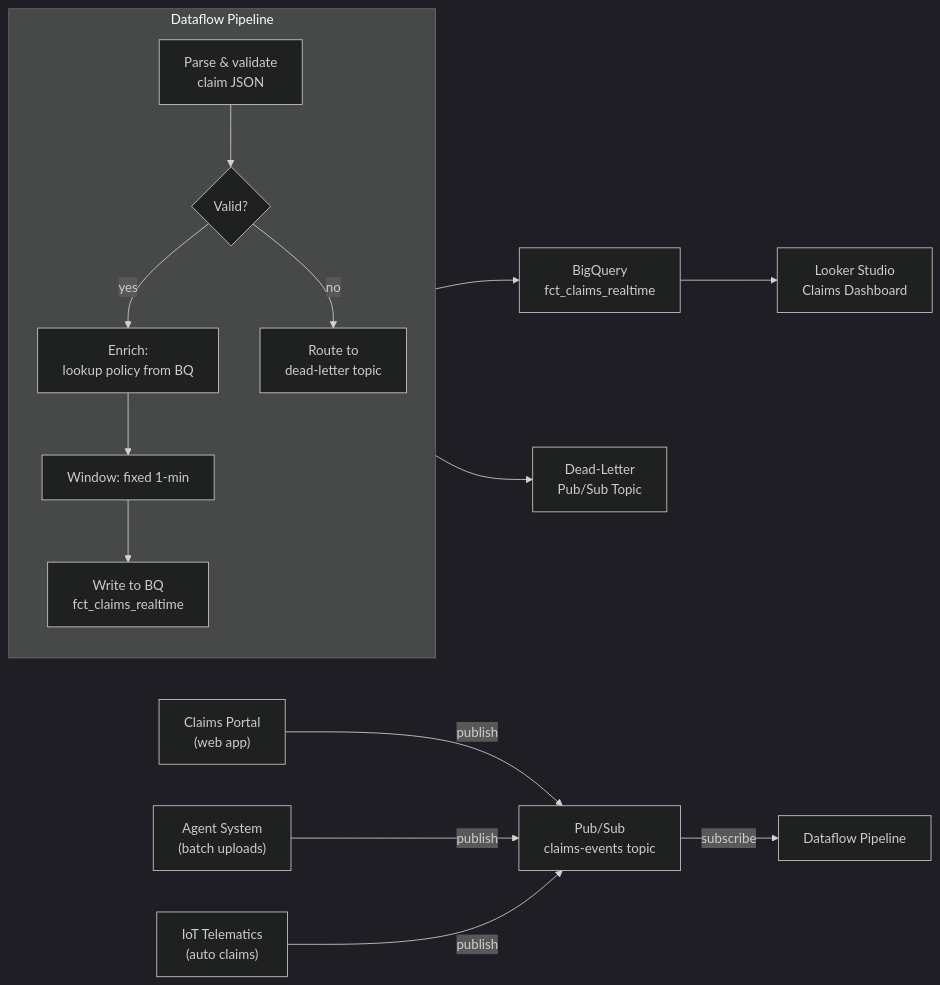
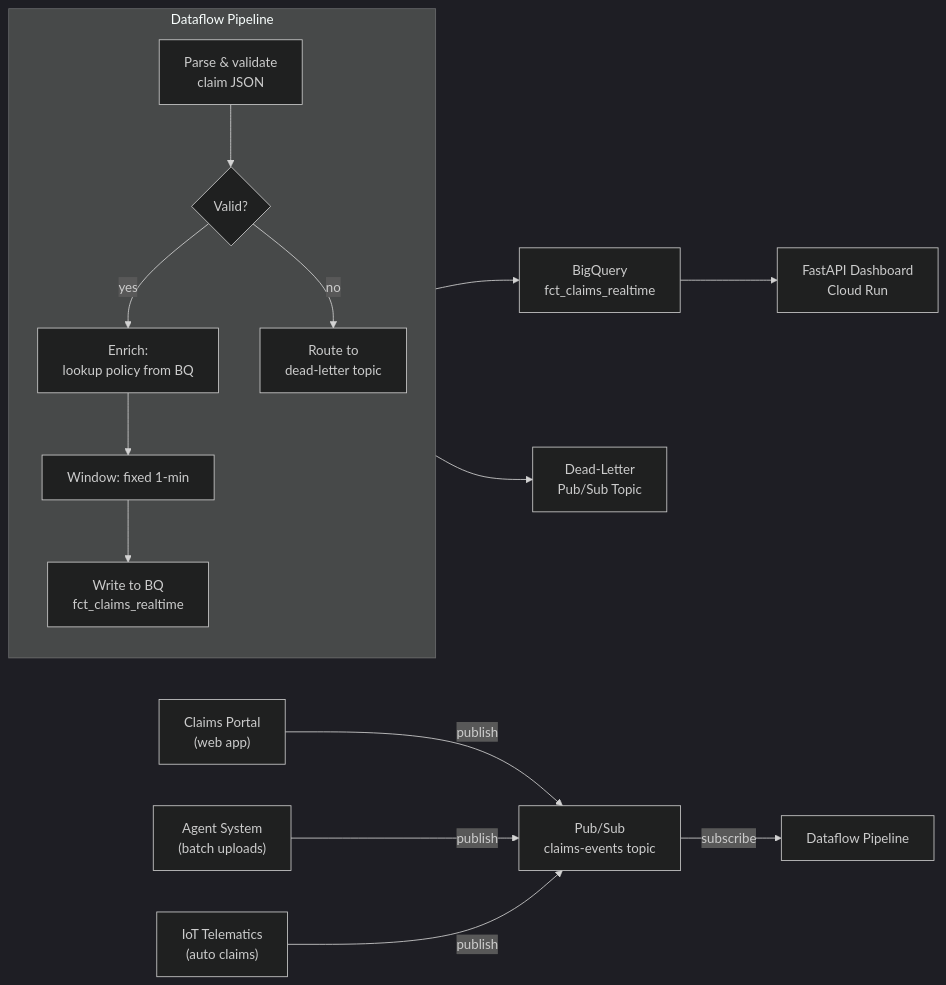
The third of 3 diagrams in docs/tools/dataflow-guide.md (GonorAndres/data-engineer-path), drawn with Mermaid (dark theme) before and after one commit. The commit also changed 10 other files, not shown here.

````diff
--- a/docs/tools/dataflow-guide.md
+++ b/docs/tools/dataflow-guide.md
@@ -181,21 +181,21 @@
 ```mermaid
 graph LR
     SRC1["Claims Portal<br/>(web app)"] -->|publish| PS["Pub/Sub<br/>claims-events topic"]
     SRC2["Agent System<br/>(batch uploads)"] -->|publish| PS
     SRC3["IoT Telematics<br/>(auto claims)"] -->|publish| PS
 
     PS -->|subscribe| DF["Dataflow Pipeline"]
 
     subgraph "Dataflow Pipeline"
         direction TB
         A["Parse & validate<br/>claim JSON"] --> B{"Valid?"}
         B -->|yes| C["Enrich:<br/>lookup policy from BQ"]
         B -->|no| D["Route to<br/>dead-letter topic"]
         C --> E["Window: fixed 1-min"]
         E --> F["Write to BQ<br/>fct_claims_realtime"]
     end
 
     D --> DL["Dead-Letter<br/>Pub/Sub Topic"]
     F --> BQ["BigQuery<br/>fct_claims_realtime"]
-    BQ --> DASH["Looker Studio<br/>Claims Dashboard"]
+    BQ --> DASH["FastAPI Dashboard<br/>Cloud Run"]
 ```
````
